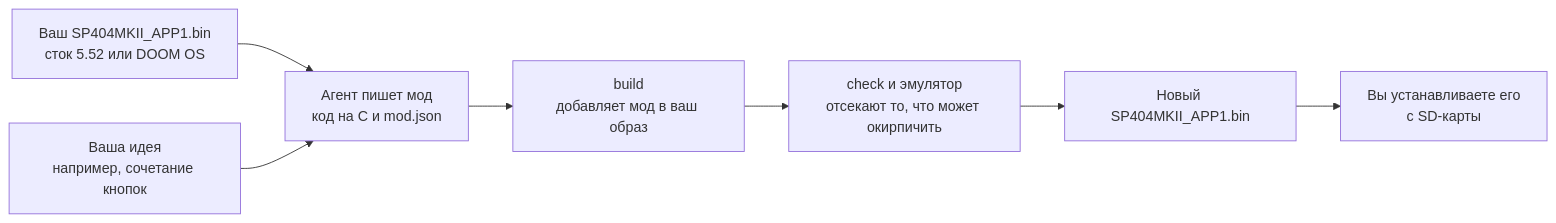
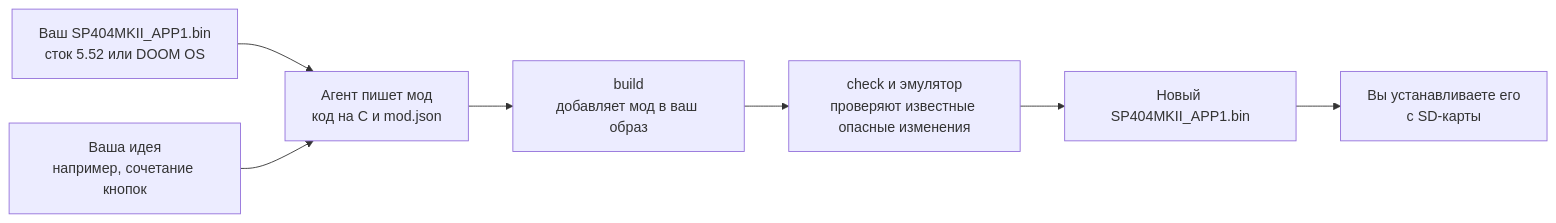
One commit to jjjadeRRR/404Lab changed the diagram in README_RU.md. Above: the diagram before and after it, drawn with Mermaid. The commit also changed other lines of this file and 16 other files, not shown here.

````diff
--- a/README_RU.md
+++ b/README_RU.md
@@ -22,9 +22,9 @@
 ```mermaid
 flowchart LR
     A["Ваш SP404MKII_APP1.bin<br/>сток 5.52 или DOOM OS"] --> C
     B["Ваша идея<br/>например, сочетание кнопок"] --> C
     C["Агент пишет мод<br/>код на C и mod.json"] --> D["build<br/>добавляет мод в ваш образ"]
-    D --> E["check и эмулятор<br/>отсекают то, что может окирпичить"]
+    D --> E["check и эмулятор<br/>проверяют известные опасные изменения"]
     E --> F["Новый SP404MKII_APP1.bin"]
     F --> G["Вы устанавливаете его<br/>с SD-карты"]
 ```
````
